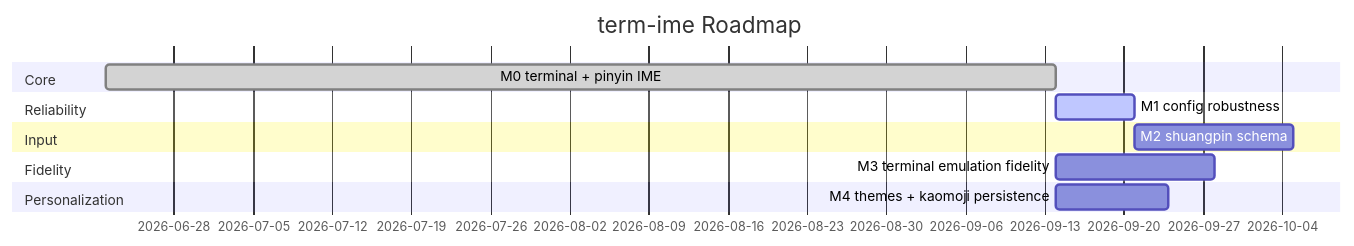
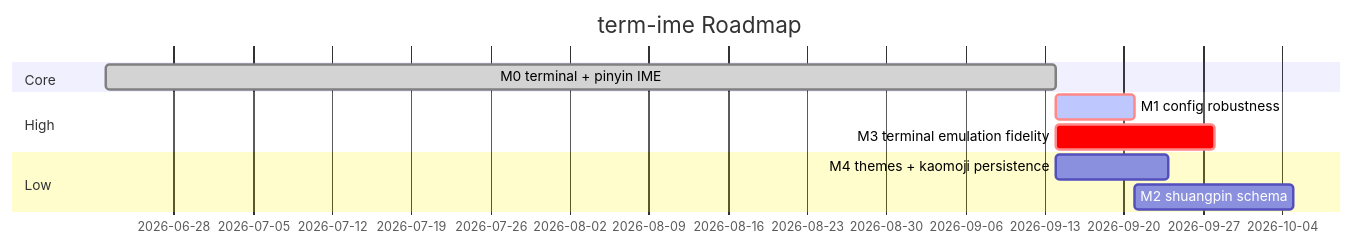
The diagram in brain/roadmap.md (adam-ikari/term-ime), drawn with Mermaid before and after one commit. The commit also changed other lines of this file, not shown here.

First line of the commit message:
docs(brain): roadmap 标注优先级

````diff
--- a/brain/roadmap.md
+++ b/brain/roadmap.md
@@ -15,15 +15,13 @@
 ```mermaid
 gantt
   title term-ime Roadmap
  dateFormat YYYY-MM-DD
   section Core
   M0 terminal + pinyin IME :done, m0, 2026-06-22, 2026-09-14
-  section Reliability
-  M1 config robustness :active, m1, after m0, 7d
-  section Input
+  section High
+  M1 config robustness :active, crit, m1, after m0, 7d
+  M3 terminal emulation fidelity :crit, m3, after m0, 14d
+  section Low
+  M4 themes + kaomoji persistence :m4, after m0, 10d
   M2 shuangpin schema :m2, after m1, 14d
-  section Fidelity
-  M3 terminal emulation fidelity :m3, after m0, 14d
-  section Personalization
-  M4 themes + kaomoji persistence :m4, after m0, 10d
 ```
````
